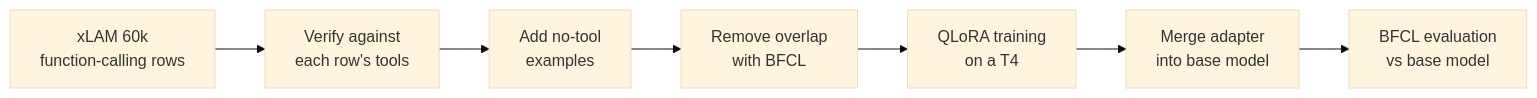
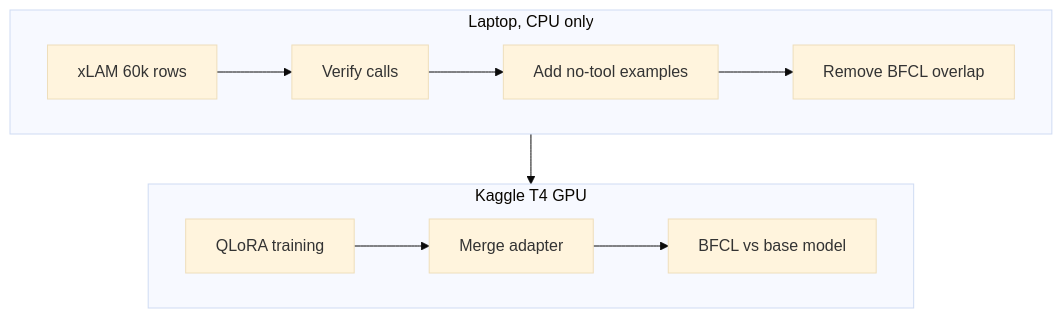
The diagram in README.md (arsheen2244/tooltuned), drawn with Mermaid (base theme) before and after one commit.

Commit message:
Split the README flowchart into two rows so it stays readable

````diff
--- a/README.md
+++ b/README.md
@@ -37,9 +37,12 @@
 ```mermaid
-flowchart LR
-    A[xLAM 60k<br/>function-calling rows] --> B[Verify against<br/>each row's tools]
-    B --> C[Add no-tool<br/>examples]
-    C --> D[Remove overlap<br/>with BFCL]
-    D --> E[QLoRA training<br/>on a T4]
-    E --> F[Merge adapter<br/>into base model]
-    F --> G[BFCL evaluation<br/>vs base model]
+flowchart TB
+    subgraph laptop [Laptop, CPU only]
+        direction LR
+        A[xLAM 60k rows] --> B[Verify calls] --> C[Add no-tool examples] --> D[Remove BFCL overlap]
+    end
+    subgraph kaggle [Kaggle T4 GPU]
+        direction LR
+        E[QLoRA training] --> F[Merge adapter] --> G[BFCL vs base model]
+    end
+    D --> E
 ```
````
